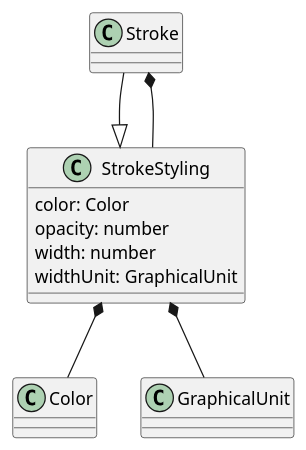
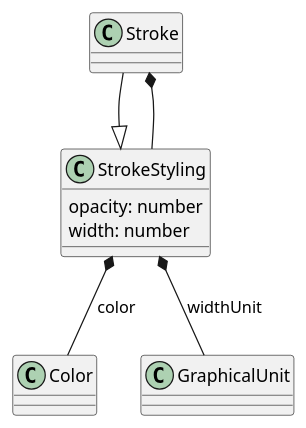
The fifth of 10 diagrams in 1-core/sections/clause_8_vector.adoc (opengeospatial/cartographic-symbology), drawn with PlantUML before and after one commit. The commit also changed other lines of this file and 2 other files, not shown here.

Commit message:
Vector, coverage and labeling UML: show the listed properties as associations only

```diff
--- a/1-core/sections/clause_8_vector.adoc
+++ b/1-core/sections/clause_8_vector.adoc
@@ -144,14 +139,12 @@
 [plantuml, target=diagram-classes, format=png]
 ....
 @startuml
 Stroke --|> StrokeStyling
 Stroke *-- StrokeStyling
 
-StrokeStyling : color: Color
 StrokeStyling : opacity: number
 StrokeStyling : width: number
-StrokeStyling : widthUnit: GraphicalUnit
-StrokeStyling *-- Color
-StrokeStyling *-- GraphicalUnit
+StrokeStyling *-- Color : color
+StrokeStyling *-- GraphicalUnit : widthUnit
 @enduml
 ....
```
